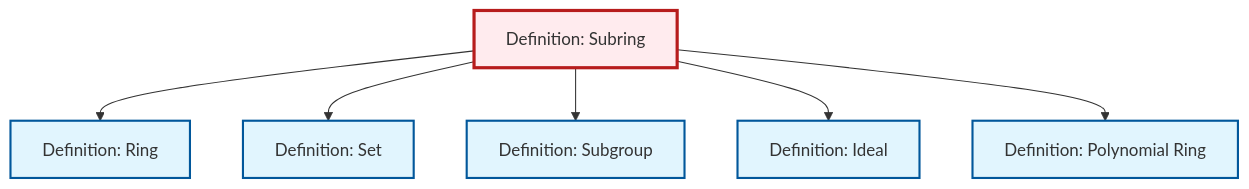
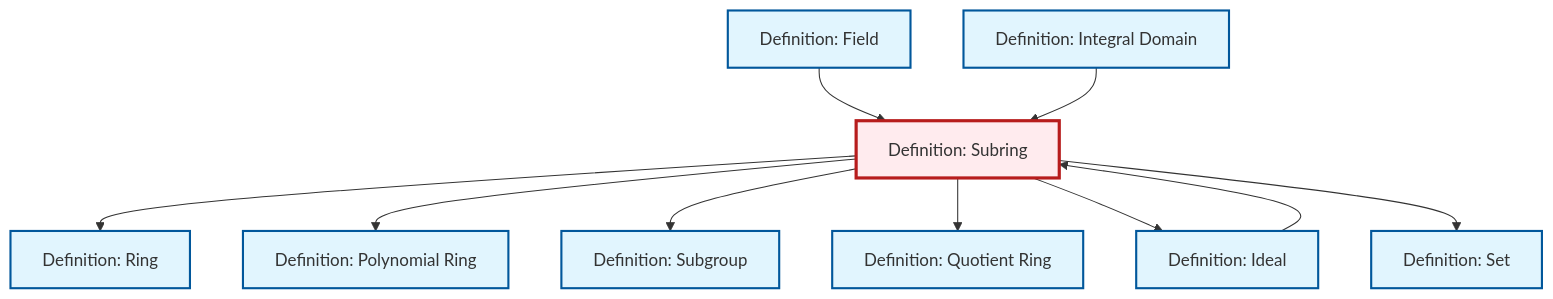
Before and after one commit to RK0429/ModernMath: the diagram in content/en/algebra/def-subring.qmd, drawn with Mermaid. The commit also changed 619 other files, not shown here.

````diff
--- a/content/en/algebra/def-subring.qmd
+++ b/content/en/algebra/def-subring.qmd
@@ -84,21 +84,36 @@
 ```{mermaid}
 %%| fig-cap: "Local dependency graph"
 graph TD
     classDef definition fill:#e1f5fe,stroke:#01579b,stroke-width:2px
     classDef theorem fill:#f3e5f5,stroke:#4a148c,stroke-width:2px
     classDef axiom fill:#fff3e0,stroke:#e65100,stroke-width:2px
     classDef example fill:#e8f5e9,stroke:#1b5e20,stroke-width:2px
     classDef current fill:#ffebee,stroke:#b71c1c,stroke-width:3px
+    def-integral-domain["Definition: Integral Domain"]:::definition
+    def-set["Definition: Set"]:::definition
+    def-ideal["Definition: Ideal"]:::definition
+    def-subgroup["Definition: Subgroup"]:::definition
     def-subring["Definition: Subring"]:::definition
+    def-quotient-ring["Definition: Quotient Ring"]:::definition
+    def-polynomial-ring["Definition: Polynomial Ring"]:::definition
+    def-field["Definition: Field"]:::definition
     def-ring["Definition: Ring"]:::definition
-    def-set["Definition: Set"]:::definition
-    def-subgroup["Definition: Subgroup"]:::definition
-    def-ideal["Definition: Ideal"]:::definition
-    def-polynomial-ring["Definition: Polynomial Ring"]:::definition
+    def-field --> def-subring
     def-subring --> def-ring
+    def-integral-domain --> def-subring
+    def-ideal --> def-subring
+    def-subring --> def-polynomial-ring
+    def-subring --> def-subgroup
+    def-subring --> def-quotient-ring
+    def-subring --> def-ideal
     def-subring --> def-set
-    def-subring --> def-subgroup
-    def-subring --> def-ideal
-    def-subring --> def-polynomial-ring
     class def-subring current
+    click def-integral-domain "def-integral-domain.html" "Go to Integral Domain definition"
+    click def-set "def-set.html" "Go to Set definition"
+    click def-ideal "def-ideal.html" "Go to Ideal definition"
+    click def-subgroup "def-subgroup.html" "Go to Subgroup definition"
+    click def-quotient-ring "def-quotient-ring.html" "Go to Quotient Ring definition"
+    click def-polynomial-ring "def-polynomial-ring.html" "Go to Polynomial Ring definition"
+    click def-field "def-field.html" "Go to Field definition"
+    click def-ring "def-ring.html" "Go to Ring definition"
 ```
````
